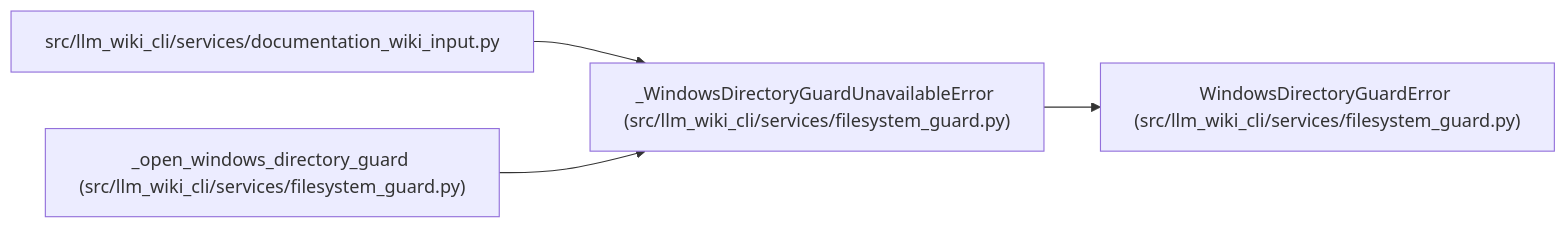
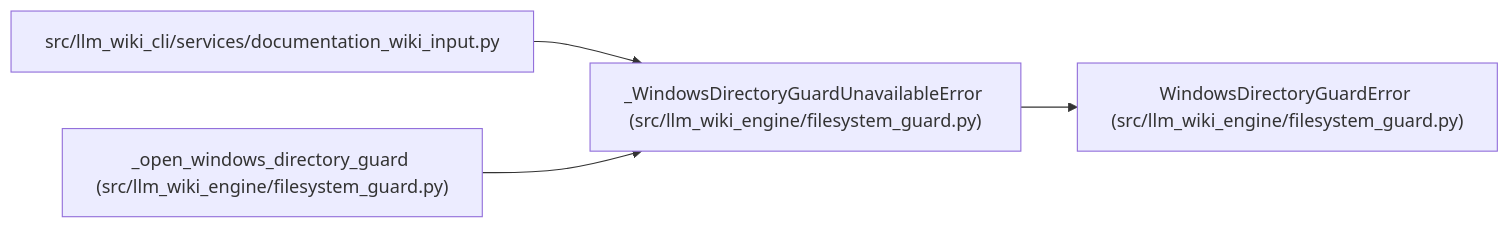
The diagram in docs/llm_wiki/entities/WindowsDirectoryGuardUnavailableError.md (Denissvgn/python-wiki-llm), drawn with Mermaid before and after one commit. The commit also changed other lines of this file and 739 other files, not shown here.

First line of the commit message:
docs: refresh the wiki for the second engine batch

````diff
--- a/docs/llm_wiki/entities/WindowsDirectoryGuardUnavailableError.md
+++ b/docs/llm_wiki/entities/WindowsDirectoryGuardUnavailableError.md
@@ -23,14 +23,14 @@
 ```mermaid
 flowchart LR
-    n0["_WindowsDirectoryGuardUnavailableError (src/llm_wiki_cli/services/filesystem_guard.py)"]
-    n1["WindowsDirectoryGuardError (src/llm_wiki_cli/services/filesystem_guard.py)"]
+    n0["_WindowsDirectoryGuardUnavailableError (src/llm_wiki_engine/filesystem_guard.py)"]
+    n1["WindowsDirectoryGuardError (src/llm_wiki_engine/filesystem_guard.py)"]
     n2["src/llm_wiki_cli/services/documentation_wiki_input.py"]
-    n3["_open_windows_directory_guard (src/llm_wiki_cli/services/filesystem_guard.py)"]
+    n3["_open_windows_directory_guard (src/llm_wiki_engine/filesystem_guard.py)"]
     n0 --> n1
     n2 --> n0
     n3 --> n0
     click n0 "../modules/filesystem_guard.md"
     click n1 "../modules/filesystem_guard.md"
     click n2 "../modules/documentation_wiki_input.md"
     click n3 "../modules/filesystem_guard.md"
 ```
````
